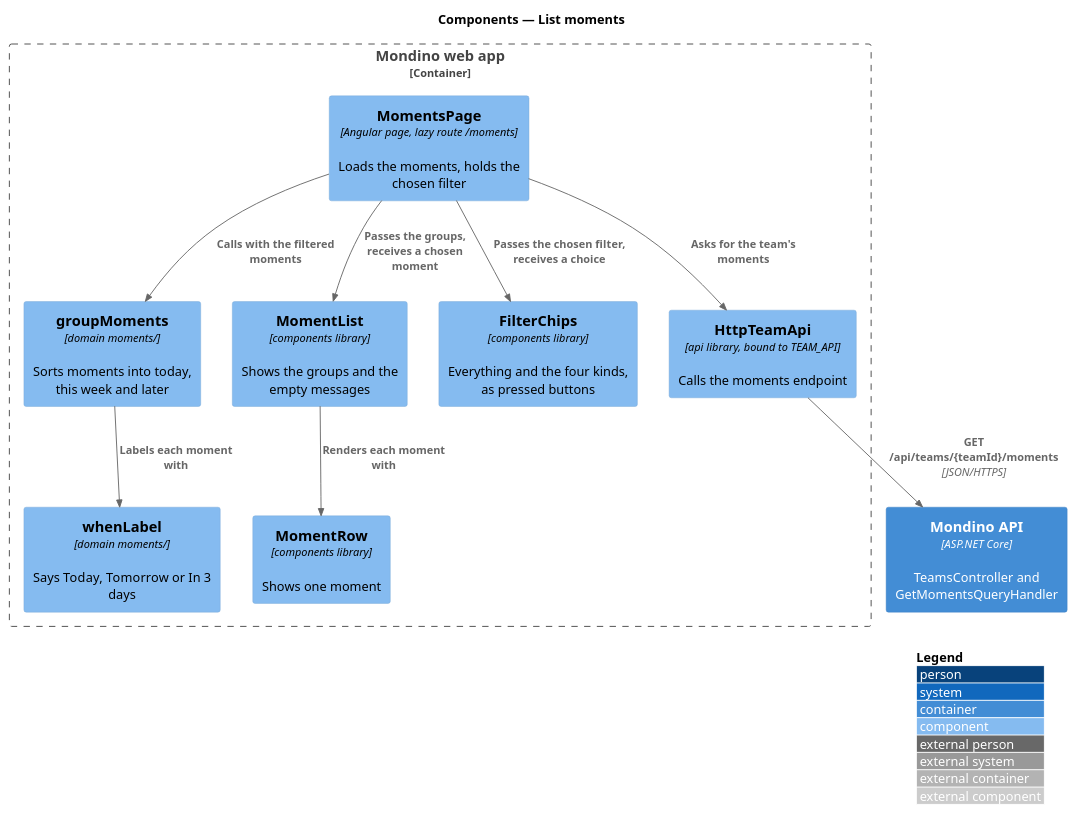
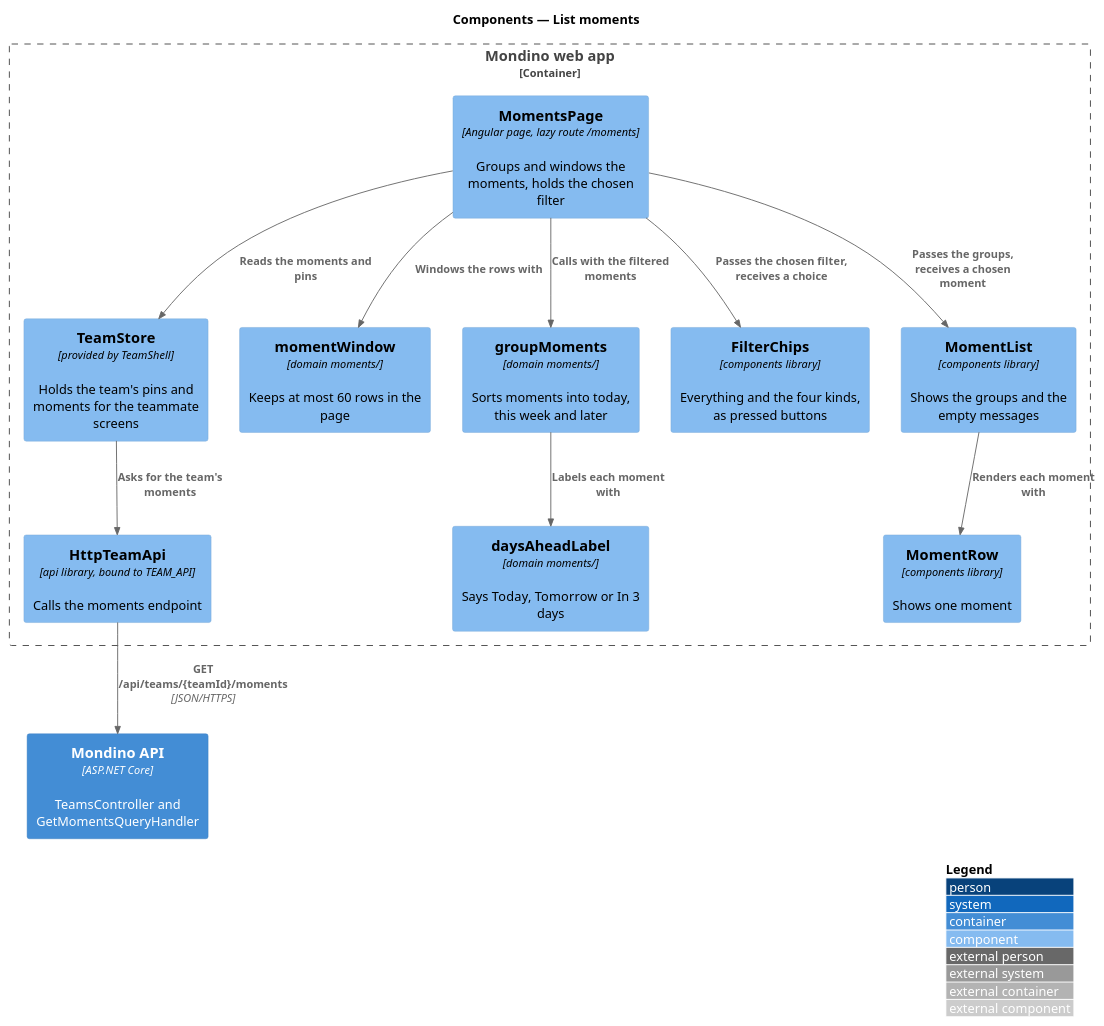
The diagram in docs/detailed-designs/moments/list-moments/diagrams/c4-component.puml (QuinntyneBrown/Mondino), drawn with PlantUML before and after one commit. The commit also changed 12 other files, not shown here.

First line of the commit message:
Bring List moments' design in line with the mock and the store it reads

```diff
--- a/docs/detailed-designs/moments/list-moments/diagrams/c4-component.puml
+++ b/docs/detailed-designs/moments/list-moments/diagrams/c4-component.puml
@@ -1,24 +1,28 @@
 @startuml
 !include <C4/C4_Component>
 LAYOUT_WITH_LEGEND()
 title Components — List moments
 
 Container_Boundary(web, "Mondino web app") {
-  Component(page, "MomentsPage", "Angular page, lazy route /moments", "Loads the moments, holds the chosen filter")
+  Component(page, "MomentsPage", "Angular page, lazy route /moments", "Groups and windows the moments, holds the chosen filter")
+  Component(store, "TeamStore", "provided by TeamShell", "Holds the team's pins and moments for the teammate screens")
+  Component(window, "momentWindow", "domain moments/", "Keeps at most 60 rows in the page")
   Component(client, "HttpTeamApi", "api library, bound to TEAM_API", "Calls the moments endpoint")
   Component(group, "groupMoments", "domain moments/", "Sorts moments into today, this week and later")
-  Component(when, "whenLabel", "domain moments/", "Says Today, Tomorrow or In 3 days")
+  Component(when, "daysAheadLabel", "domain moments/", "Says Today, Tomorrow or In 3 days")
   Component(chips, "FilterChips", "components library", "Everything and the four kinds, as pressed buttons")
   Component(list, "MomentList", "components library", "Shows the groups and the empty messages")
   Component(card, "MomentRow", "components library", "Shows one moment")
 }
 Container(api, "Mondino API", "ASP.NET Core", "TeamsController and GetMomentsQueryHandler")
 
-Rel(page, client, "Asks for the team's moments")
+Rel(page, store, "Reads the moments and pins")
+Rel(store, client, "Asks for the team's moments")
+Rel(page, window, "Windows the rows with")
 Rel(client, api, "GET /api/teams/{teamId}/moments", "JSON/HTTPS")
 Rel(page, group, "Calls with the filtered moments")
 Rel(group, when, "Labels each moment with")
 Rel(page, chips, "Passes the chosen filter, receives a choice")
 Rel(page, list, "Passes the groups, receives a chosen moment")
 Rel(list, card, "Renders each moment with")
 @enduml
```
